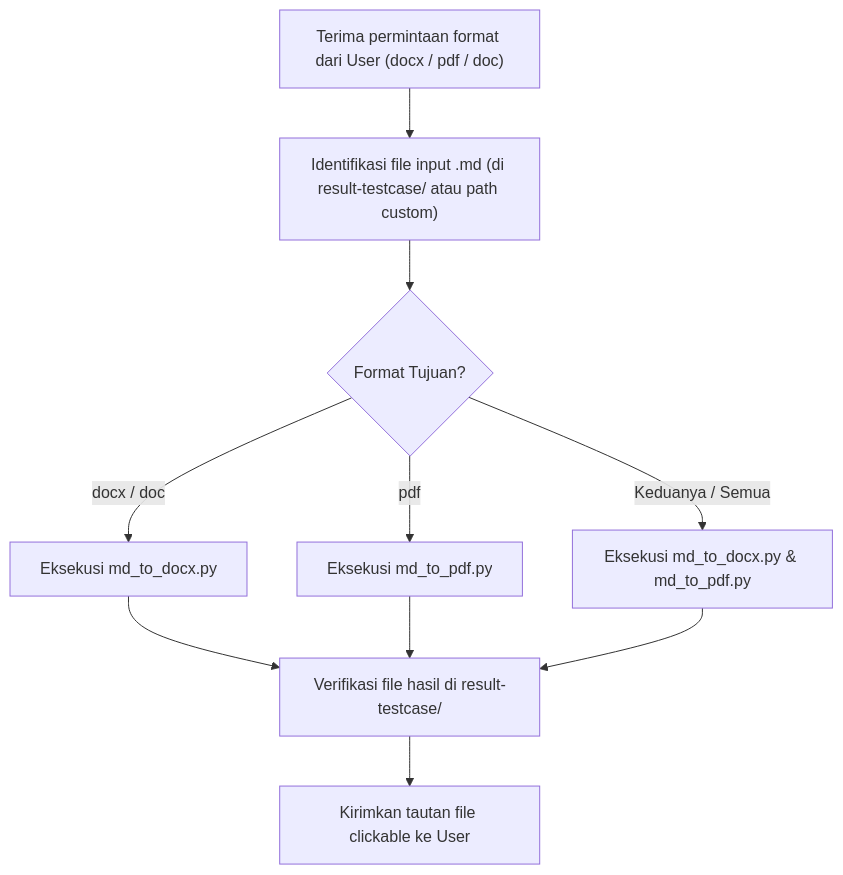
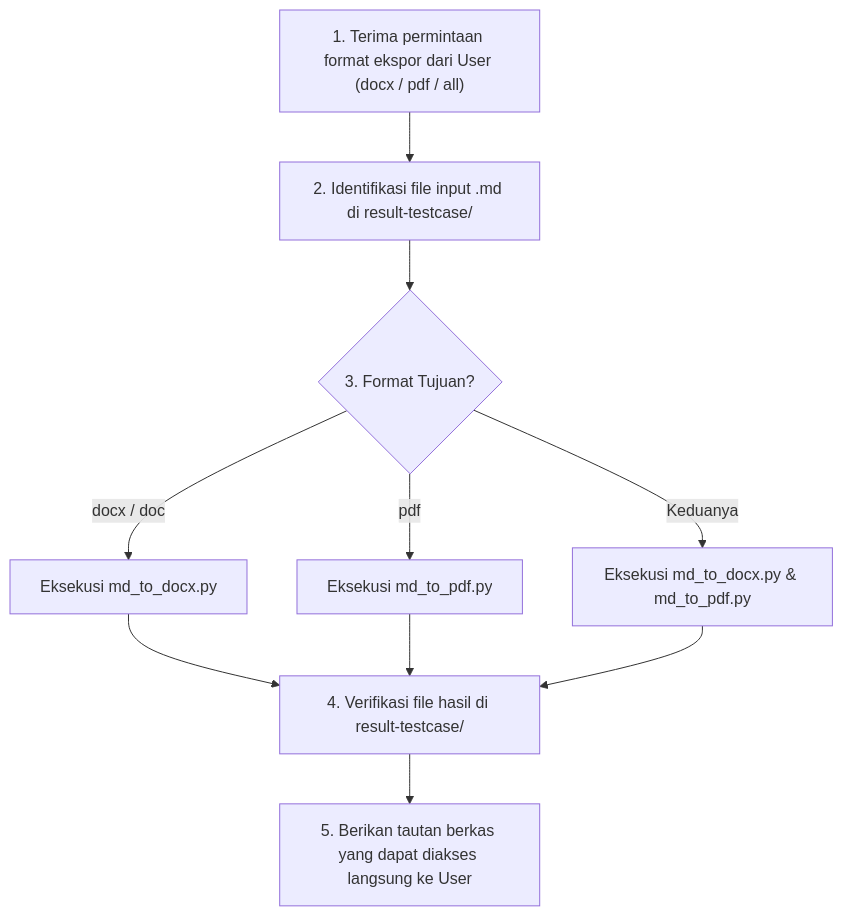
The diagram in .agents/skills/convert-document/SKILL.md (fadlyady/prdanalyzer), drawn with Mermaid before and after one commit. The commit also changed other lines of this file and 13 other files, not shown here.

````diff
--- a/.agents/skills/convert-document/SKILL.md
+++ b/.agents/skills/convert-document/SKILL.md
@@ -79,12 +80,12 @@
 ```mermaid
 graph TD
-    A["Terima permintaan format dari User (docx / pdf / doc)"] --> B["Identifikasi file input .md (di result-testcase/ atau path custom)"]
-    B --> C{"Format Tujuan?"}
+    A["1. Terima permintaan format ekspor dari User (docx / pdf / all)"] --> B["2. Identifikasi file input .md di result-testcase/"]
+    B --> C{"3. Format Tujuan?"}
     C -- "docx / doc" --> D["Eksekusi md_to_docx.py"]
     C -- "pdf" --> E["Eksekusi md_to_pdf.py"]
-    C -- "Keduanya / Semua" --> F["Eksekusi md_to_docx.py & md_to_pdf.py"]
-    D --> G["Verifikasi file hasil di result-testcase/"]
+    C -- "Keduanya" --> F["Eksekusi md_to_docx.py & md_to_pdf.py"]
+    D --> G["4. Verifikasi file hasil di result-testcase/"]
     E --> G
     F --> G
-    G --> H["Kirimkan tautan file clickable ke User"]
+    G --> H["5. Berikan tautan berkas yang dapat diakses langsung ke User"]
 ```
````
